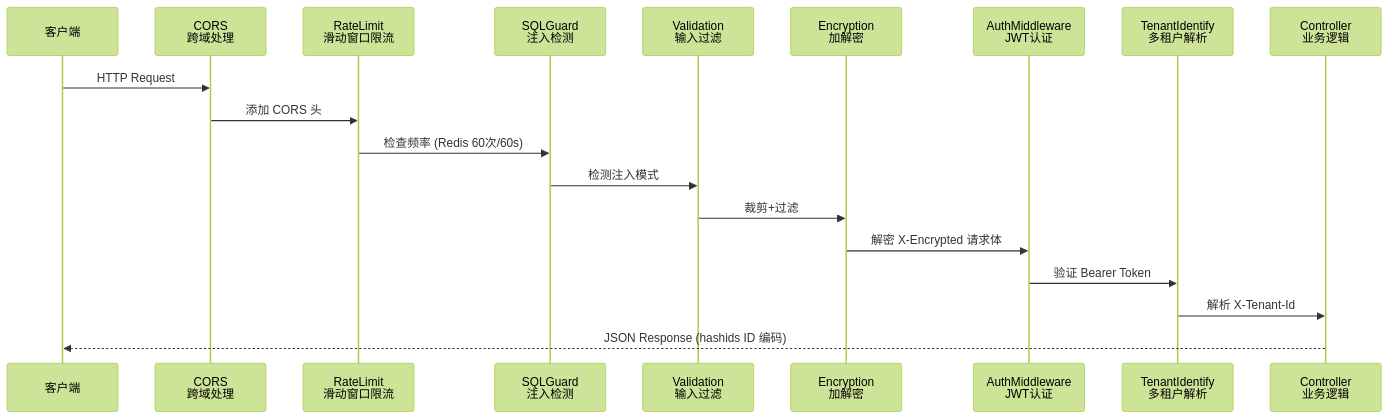
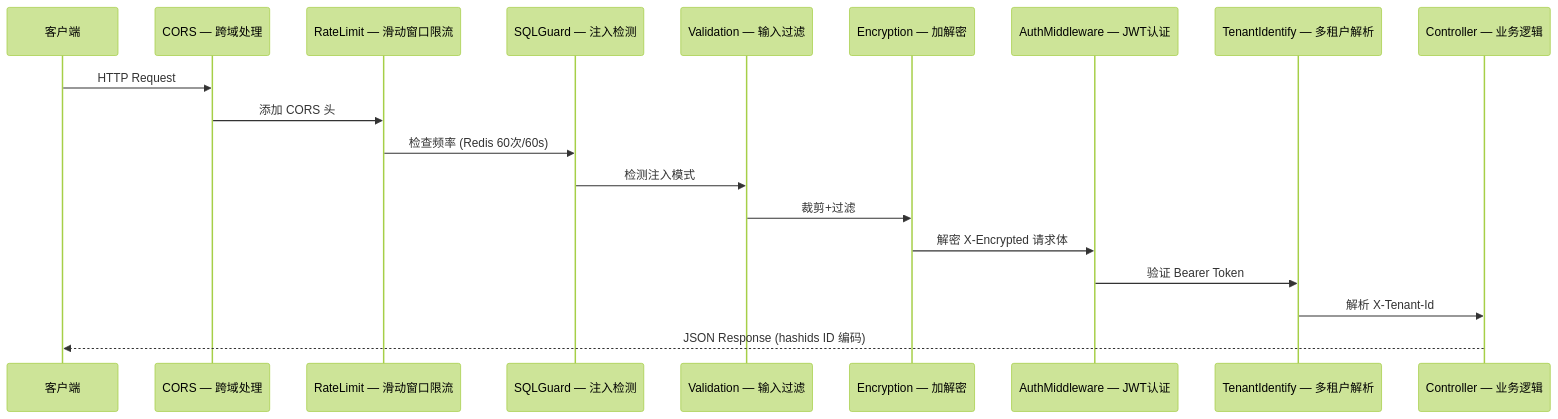
The second of 8 diagrams in docs/superpowers/specs/2026-05-14-ads-platform-design.md (erikwang2013/ads-php), drawn with Mermaid (forest theme) before and after one commit. The commit also changed other lines of this file, not shown here.

First line of the commit message:
fix: convert classDiagram to flowchart, remove HTML breaks from Mermaid

````diff
--- a/docs/superpowers/specs/2026-05-14-ads-platform-design.md
+++ b/docs/superpowers/specs/2026-05-14-ads-platform-design.md
@@ -527,22 +527,22 @@
 ```mermaid
 sequenceDiagram
     participant Client as 客户端
-    participant CORS as CORS<br/>跨域处理
-    participant Rate as RateLimit<br/>滑动窗口限流
-    participant SQL as SQLGuard<br/>注入检测
-    participant Valid as Validation<br/>输入过滤
-    participant Encrypt as Encryption<br/>加解密
-    participant JWT as AuthMiddleware<br/>JWT认证
-    participant Tenant as TenantIdentify<br/>多租户解析
-    participant Ctrl as Controller<br/>业务逻辑
+    participant CORS as CORS — 跨域处理
+    participant Rate as RateLimit — 滑动窗口限流
+    participant SQL as SQLGuard — 注入检测
+    participant Valid as Validation — 输入过滤
+    participant Encrypt as Encryption — 加解密
+    participant JWT as AuthMiddleware — JWT认证
+    participant Tenant as TenantIdentify — 多租户解析
+    participant Ctrl as Controller — 业务逻辑
 
     Client->>CORS: HTTP Request
     CORS->>Rate: 添加 CORS 头
     Rate->>SQL: 检查频率 (Redis 60次/60s)
     SQL->>Valid: 检测注入模式
     Valid->>Encrypt: 裁剪+过滤
     Encrypt->>JWT: 解密 X-Encrypted 请求体
     JWT->>Tenant: 验证 Bearer Token
     Tenant->>Ctrl: 解析 X-Tenant-Id
     Ctrl-->>Client: JSON Response (hashids ID 编码)
 ```
````
